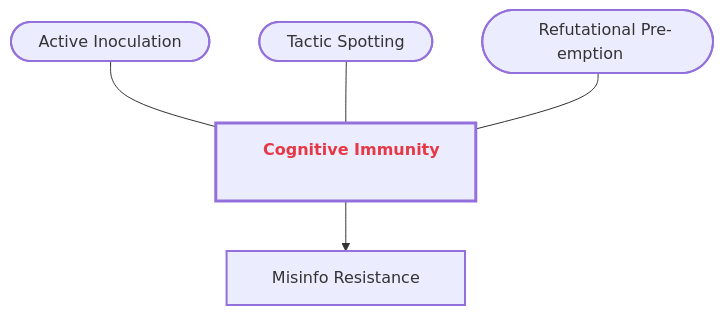
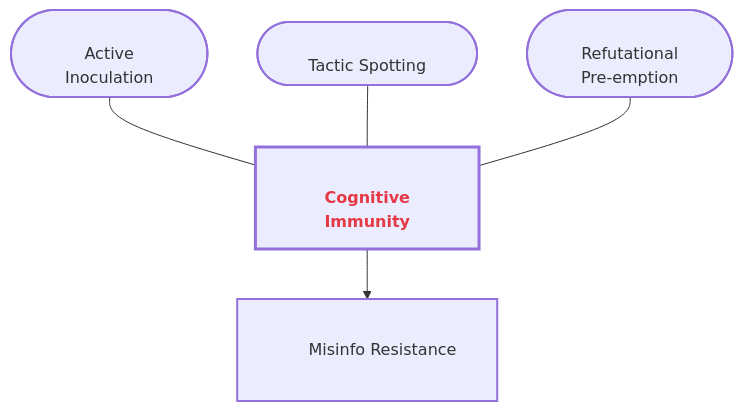
Before and after one commit to GM024/CourseSummaries: the eighth of 8 diagrams in Communication_Influence/Mastery_Guide_SOW_BS033.md, drawn with Mermaid. The commit also changed other lines of this file, not shown here.

Commit message:
GitHub-Hardened V2: 12px font and 10-space buffers for zero-clipping guarantee

````diff
--- a/Communication_Influence/Mastery_Guide_SOW_BS033.md
+++ b/Communication_Influence/Mastery_Guide_SOW_BS033.md
@@ -257,14 +257,14 @@
 ```mermaid
-%%{init: { 'flowchart': { 'padding': 20, 'nodeSpacing': 50, 'rankSpacing': 50, 'useMaxWidth': false }, 'theme': 'neutral', 'themeVariables': { 'fontSize': '14px', 'fontFamily': '-apple-system,BlinkMacSystemFont,"Segoe UI",Helvetica,Arial,sans-serif' }}}%%
+%%{init: { 'flowchart': { 'padding': 30, 'useMaxWidth': false, 'htmlLabels': true }, 'theme': 'neutral', 'themeVariables': { 'fontSize': '12px', 'fontFamily': '-apple-system,BlinkMacSystemFont,"Segoe UI",Helvetica,Arial,sans-serif' }}}%%
 graph TD
     classDef sandbox stroke-width:2px;
     classDef hub stroke-width:3px,font-weight:bold;
 
-    Hub["&nbsp;&nbsp; <span style='color:#e63946'><b>Cognitive Immunity</b></span> &nbsp;&nbsp;"]:::hub
+    Hub["<br/>&nbsp;&nbsp;&nbsp;&nbsp;&nbsp;&nbsp; <span style='color:#e63946'><b>Cognitive</b></span> &nbsp;&nbsp;&nbsp;&nbsp;&nbsp;&nbsp;<br/>&nbsp;&nbsp;&nbsp;&nbsp;&nbsp;&nbsp; <span style='color:#e63946'><b>Immunity</b></span> &nbsp;&nbsp;&nbsp;&nbsp;&nbsp;&nbsp;<br/>"]:::hub
     
-    S1(["&nbsp;&nbsp; Active Inoculation &nbsp;&nbsp;"]):::sandbox --- Hub
-    S2(["&nbsp;&nbsp; Tactic Spotting &nbsp;&nbsp;"]):::sandbox --- Hub
-    S3(["&nbsp;&nbsp; Refutational Pre-emption &nbsp;&nbsp;"]):::sandbox --- Hub
+    S1(["<br/>&nbsp;&nbsp;&nbsp;&nbsp;&nbsp;&nbsp; Active &nbsp;&nbsp;&nbsp;&nbsp;&nbsp;&nbsp;<br/>&nbsp;&nbsp;&nbsp;&nbsp;&nbsp;&nbsp; Inoculation &nbsp;&nbsp;&nbsp;&nbsp;&nbsp;&nbsp;<br/>"]):::sandbox --- Hub
+    S2(["<br/>&nbsp;&nbsp;&nbsp;&nbsp;&nbsp;&nbsp; Tactic Spotting &nbsp;&nbsp;&nbsp;&nbsp;&nbsp;&nbsp;<br/>"]):::sandbox --- Hub
+    S3(["<br/>&nbsp;&nbsp;&nbsp;&nbsp;&nbsp;&nbsp; Refutational &nbsp;&nbsp;&nbsp;&nbsp;&nbsp;&nbsp;<br/>&nbsp;&nbsp;&nbsp;&nbsp;&nbsp;&nbsp; Pre-emption &nbsp;&nbsp;&nbsp;&nbsp;&nbsp;&nbsp;<br/>"]):::sandbox --- Hub
     
-    Hub --> B1["&nbsp;&nbsp; Misinfo Resistance &nbsp;&nbsp;"]:::sandbox
+    Hub --> B1["<br/>&nbsp;&nbsp;&nbsp;&nbsp;&nbsp;&nbsp; Misinfo Resistance &nbsp;&nbsp;&nbsp;&nbsp;&nbsp;&nbsp;<br/>"]:::sandbox
 ```
````
